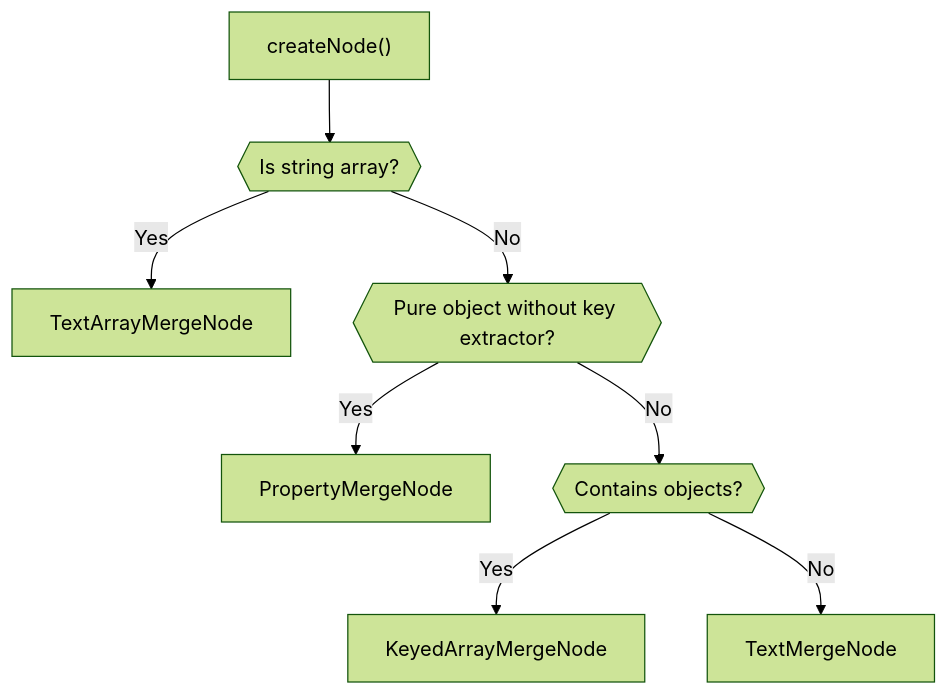
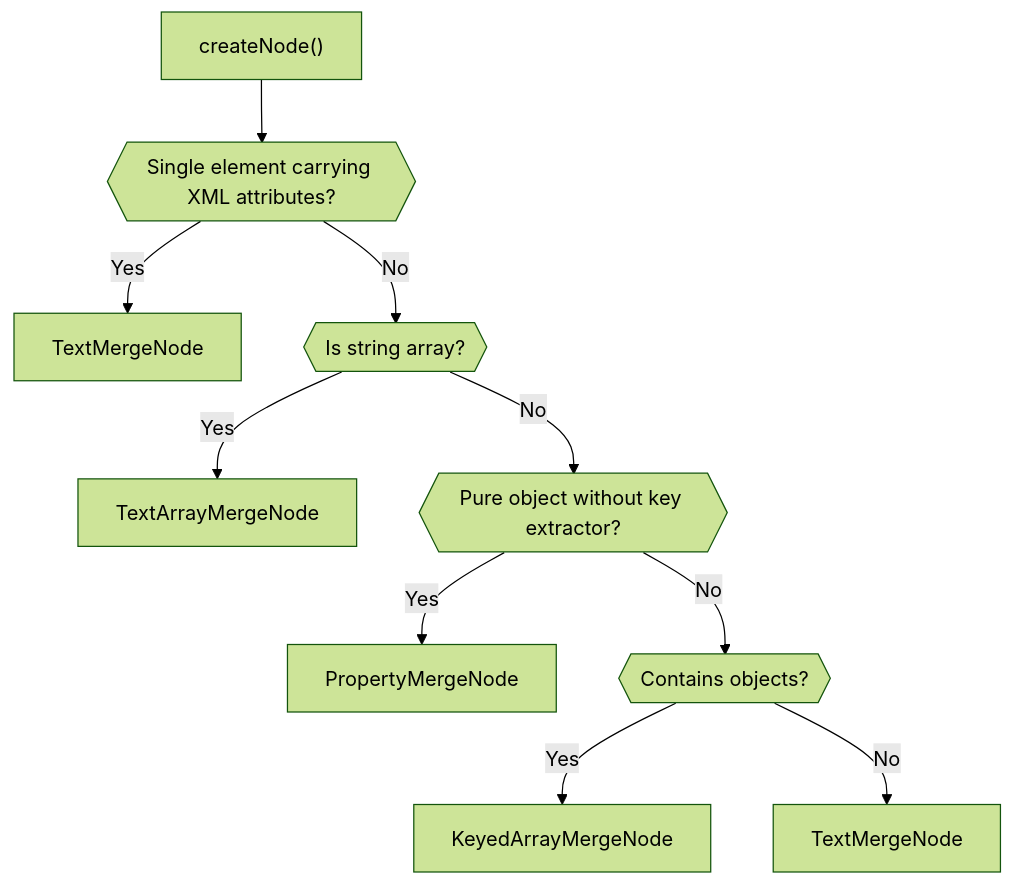
One commit to scolladon/sf-git-merge-driver changed the third of 8 diagrams in DESIGN.md. Above: the diagram before and after it, drawn with Mermaid (forest theme). The commit also changed other lines of this file and 94 other files, not shown here.

Commit message:
fix: keep XML attributes on their element when merging (#221)

````diff
--- a/DESIGN.md
+++ b/DESIGN.md
@@ -69,10 +69,12 @@
 ```mermaid
 flowchart TD
-    Start["createNode()"] --> IsStringArray{{"Is string array?"}}
+    Start["createNode()"] --> HasAttrs{{"Single element carrying XML attributes?"}}
+    HasAttrs -->|Yes| AttrText["TextMergeNode"]
+    HasAttrs -->|No| IsStringArray{{"Is string array?"}}
     IsStringArray -->|Yes| TextArray["TextArrayMergeNode"]
     IsStringArray -->|No| IsPureObject{{"Pure object without key extractor?"}}
     IsPureObject -->|Yes| Object["PropertyMergeNode"]
     IsPureObject -->|No| IsObject{{"Contains objects?"}}
     IsObject -->|Yes| KeyedArray["KeyedArrayMergeNode"]
     IsObject -->|No| Text["TextMergeNode"]
 ```
````
